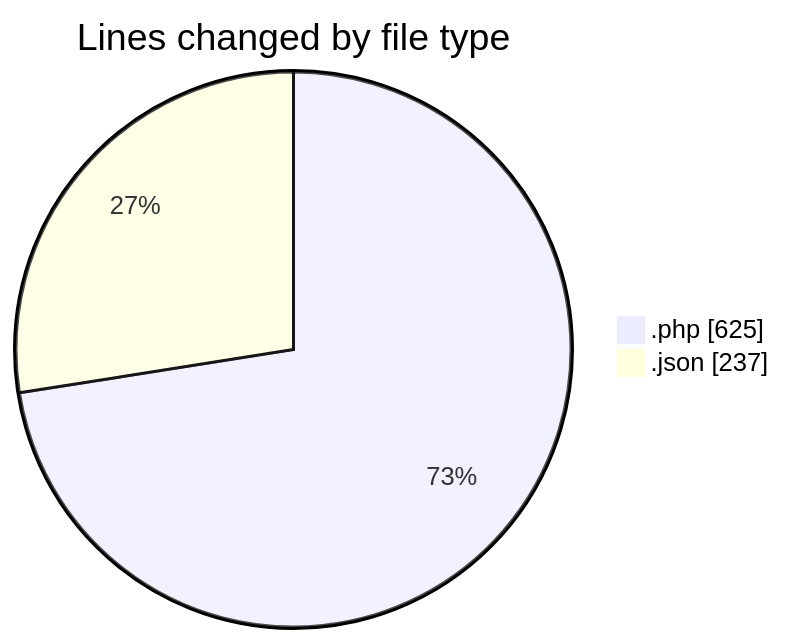
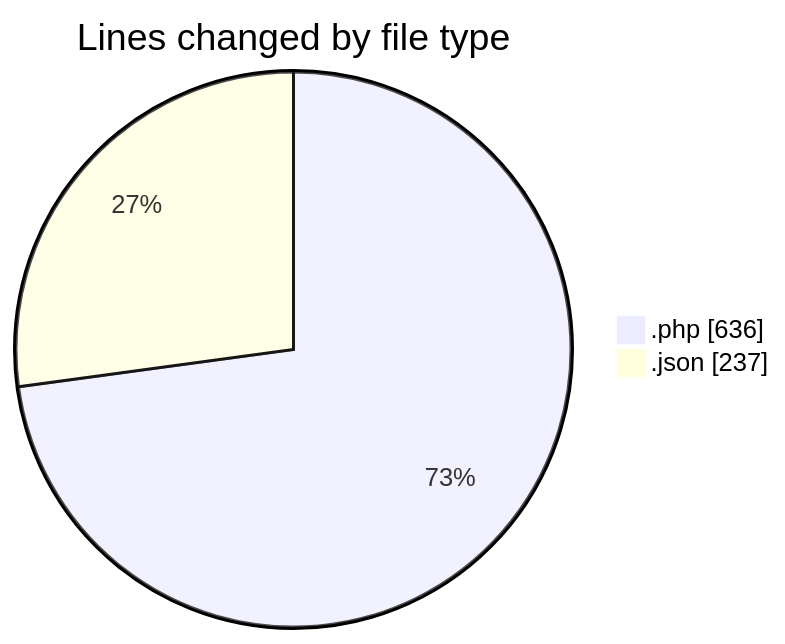
Before and after one commit to idhammustaqopulfikri/code-tracking: the first of 2 diagrams in 2025-06-16/studio-backend/README.md, drawn with Mermaid. The commit also changed other lines of this file and 1 other file, not shown here.

````diff
--- a/2025-06-16/studio-backend/README.md
+++ b/2025-06-16/studio-backend/README.md
@@ -23,6 +23,6 @@
 ```mermaid
 pie showData
 title Lines changed by file type
-".php" : 625
+".php" : 636
 ".json" : 237
 ```
````
